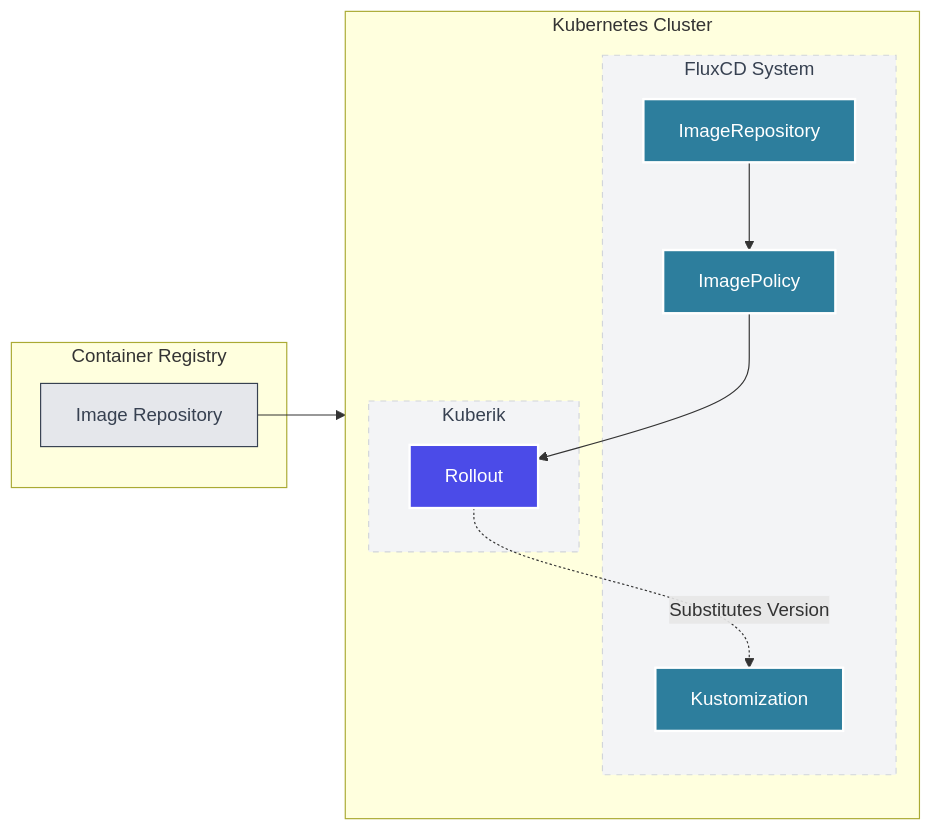
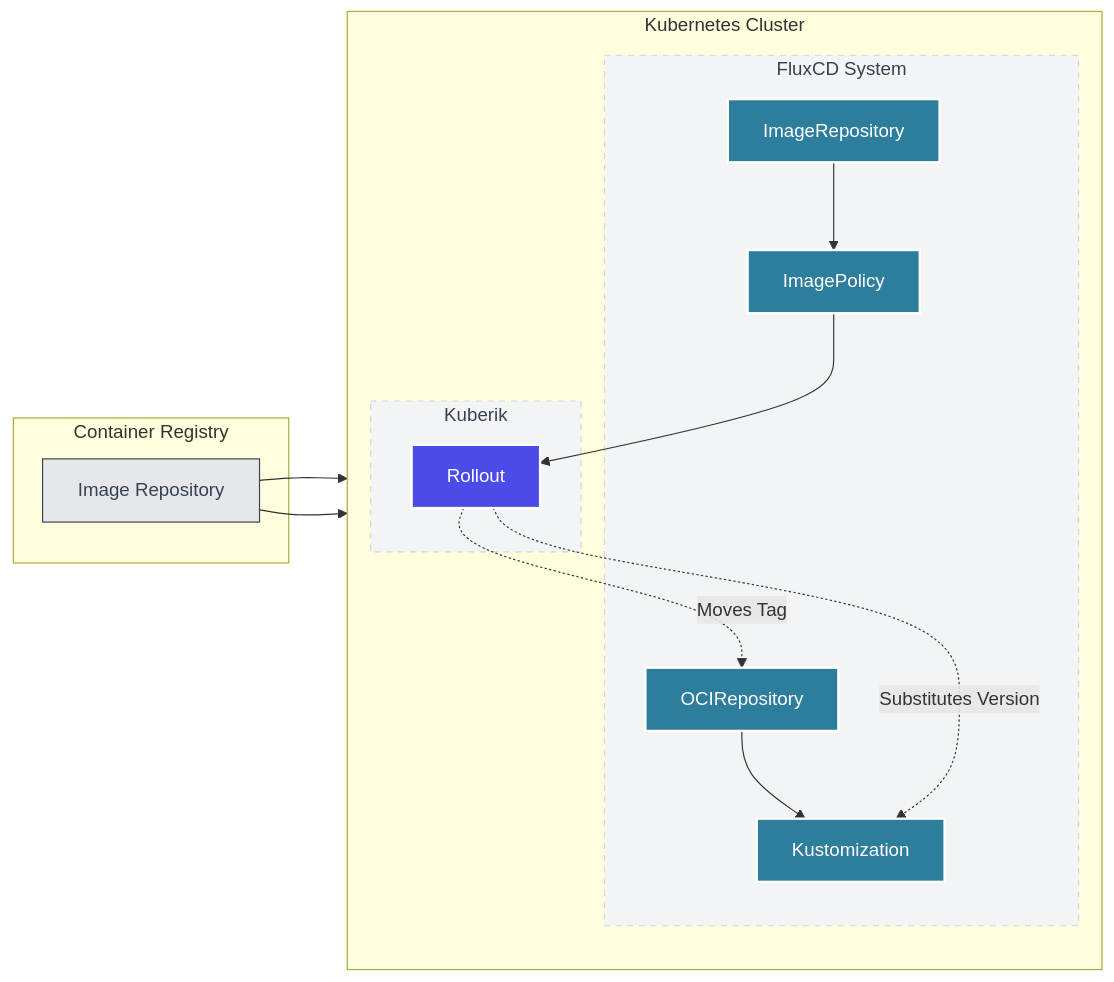
The diagram in content/docs/integrations/fluxcd.md (kuberik/website), drawn with Mermaid before and after one commit. The commit also changed other lines of this file and 7 other files, not shown here.

````diff
--- a/content/docs/integrations/fluxcd.md
+++ b/content/docs/integrations/fluxcd.md
@@ -17,33 +26,37 @@
 ```mermaid
 flowchart LR
     %% Styles
     classDef flux fill:#2D7E9D,stroke:#fff,stroke-width:2px,color:#fff
     classDef kuberik fill:#4B4BE8,stroke:#fff,stroke-width:2px,color:#fff
     classDef external fill:#E5E7EB,stroke:#374151,stroke-width:1px,color:#374151
     classDef boundary fill:#F3F4F6,stroke:#D1D5DB,stroke-width:1px,color:#374151,stroke-dasharray: 5 5
 
     subgraph Registry ["Container Registry"]
         REG[Image Repository]:::external
     end
 
     subgraph Cluster ["Kubernetes Cluster"]
         direction TB
 
         subgraph FluxCD ["FluxCD System"]
             IR[ImageRepository]:::flux
             IP[ImagePolicy]:::flux
+            OCIR[OCIRepository]:::flux
             KS[Kustomization]:::flux
         end
 
         subgraph Kuberik ["Kuberik"]
             RO[Rollout]:::kuberik
         end
     end
 
     REG --> IR
+    REG --> OCIR
     IR --> IP
     IP --> RO
+    OCIR --> KS
     RO -.->|Substitutes Version| KS
+    RO -.->|Moves Tag| OCIR
 
     class FluxCD,Kuberik boundary
 ```
````
